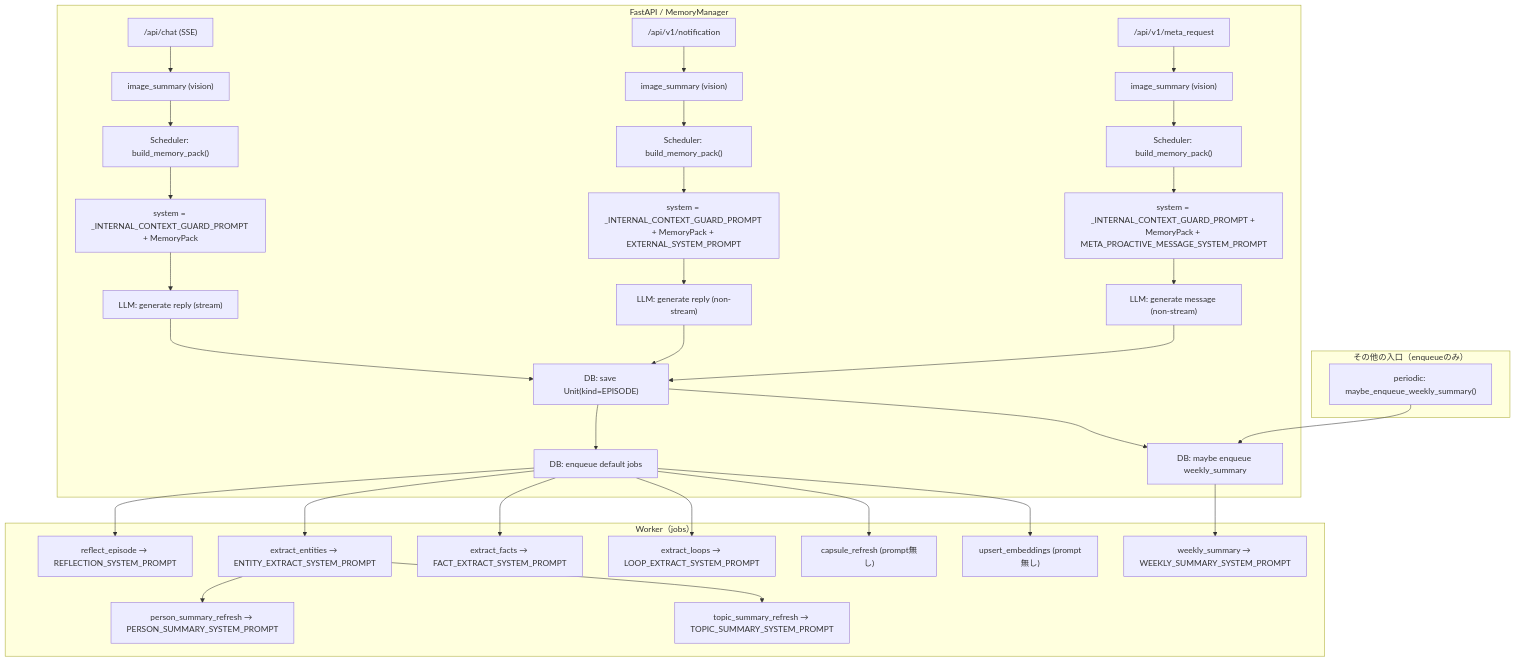
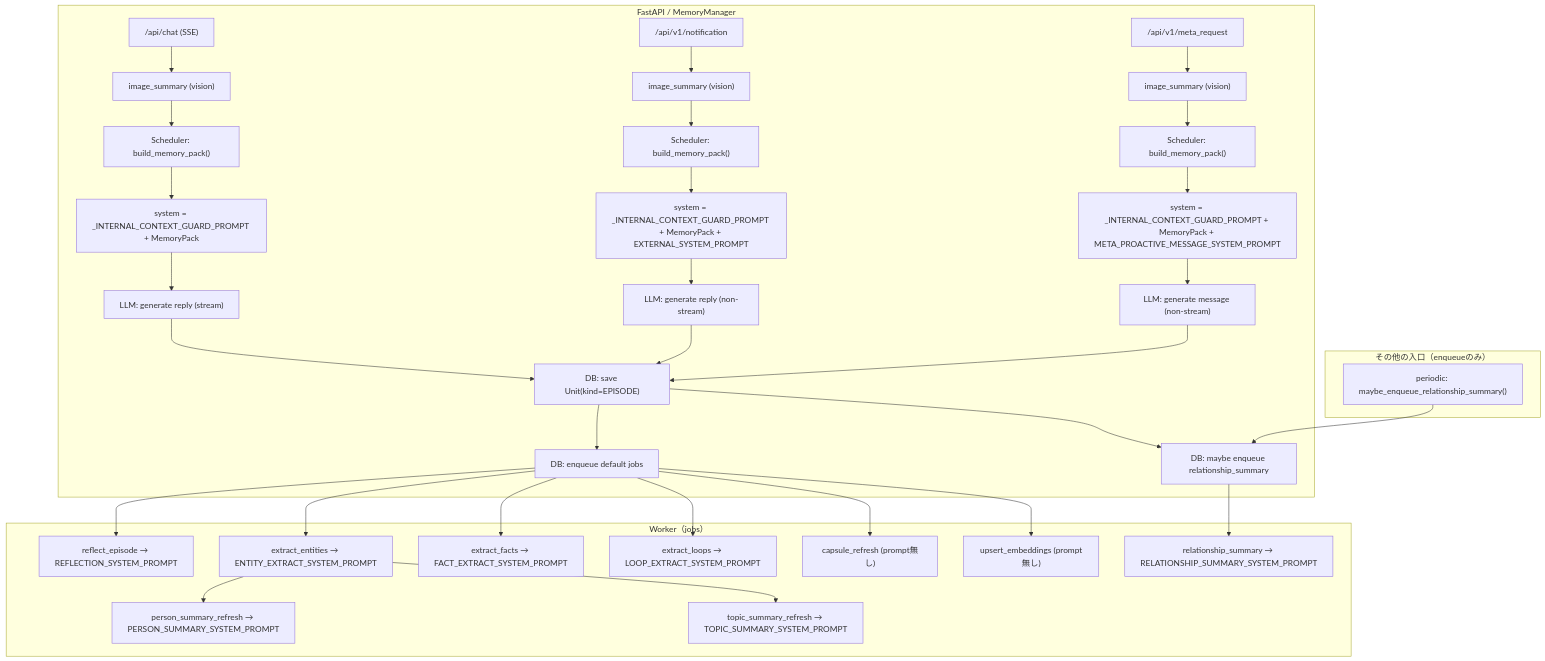
The first of 4 diagrams in docs/prompt_usage_map.md (hirona98/cocoro_ghost), drawn with Mermaid before and after one commit. The commit also changed other lines of this file and 9 other files, not shown here.

````diff
--- a/docs/prompt_usage_map.md
+++ b/docs/prompt_usage_map.md
@@ -30,43 +30,43 @@
 ```mermaid
 flowchart TD
   subgraph API["FastAPI / MemoryManager"]
     CHAT["/api/chat (SSE)"] --> IMGC["image_summary (vision)"]
     NOTIF["/api/v1/notification"] --> IMGN["image_summary (vision)"]
     META["/api/v1/meta_request"] --> IMGM["image_summary (vision)"]
 
     IMGC --> PACK["Scheduler: build_memory_pack()"]
     IMGN --> PACKN["Scheduler: build_memory_pack()"]
     IMGM --> PACKM["Scheduler: build_memory_pack()"]
 
     PACK --> SYS_CHAT["system = _INTERNAL_CONTEXT_GUARD_PROMPT + MemoryPack"]
     PACKN --> SYS_NOTIF["system = _INTERNAL_CONTEXT_GUARD_PROMPT + MemoryPack + EXTERNAL_SYSTEM_PROMPT"]
     PACKM --> SYS_META["system = _INTERNAL_CONTEXT_GUARD_PROMPT + MemoryPack + META_PROACTIVE_MESSAGE_SYSTEM_PROMPT"]
 
     SYS_CHAT --> LLM_CHAT["LLM: generate reply (stream)"]
     SYS_NOTIF --> LLM_NOTIF["LLM: generate reply (non-stream)"]
     SYS_META --> LLM_META["LLM: generate message (non-stream)"]
 
     LLM_CHAT --> SAVE_EP["DB: save Unit(kind=EPISODE)"]
     LLM_NOTIF --> SAVE_EP
     LLM_META --> SAVE_EP
 
     SAVE_EP --> ENQ["DB: enqueue default jobs"]
-    SAVE_EP --> ENQW_MAYBE["DB: maybe enqueue weekly_summary"]
+    SAVE_EP --> ENQW_MAYBE["DB: maybe enqueue relationship_summary"]
   end
 
   subgraph WORKER["Worker（jobs）"]
     ENQ --> REFLECT["reflect_episode → REFLECTION_SYSTEM_PROMPT"]
     ENQ --> ENT["extract_entities → ENTITY_EXTRACT_SYSTEM_PROMPT"]
     ENQ --> FACT["extract_facts → FACT_EXTRACT_SYSTEM_PROMPT"]
     ENQ --> LOOP["extract_loops → LOOP_EXTRACT_SYSTEM_PROMPT"]
     ENQ --> CAPR["capsule_refresh (prompt無し)"]
     ENQ --> EMB["upsert_embeddings (prompt無し)"]
     ENT --> PERS["person_summary_refresh → PERSON_SUMMARY_SYSTEM_PROMPT"]
     ENT --> TOP["topic_summary_refresh → TOPIC_SUMMARY_SYSTEM_PROMPT"]
-    ENQW_MAYBE --> WEEK["weekly_summary → WEEKLY_SUMMARY_SYSTEM_PROMPT"]
+    ENQW_MAYBE --> WEEK["relationship_summary → RELATIONSHIP_SUMMARY_SYSTEM_PROMPT"]
   end
 
   subgraph OTHER["その他の入口（enqueueのみ）"]
-    PERIODIC["periodic: maybe_enqueue_weekly_summary()"] --> ENQW_MAYBE
+    PERIODIC["periodic: maybe_enqueue_relationship_summary()"] --> ENQW_MAYBE
   end
 ```
````
